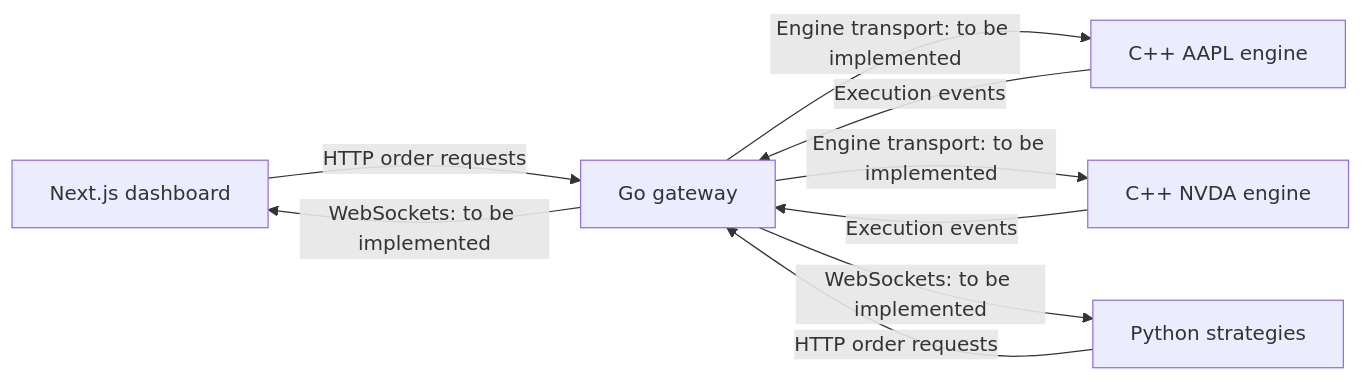
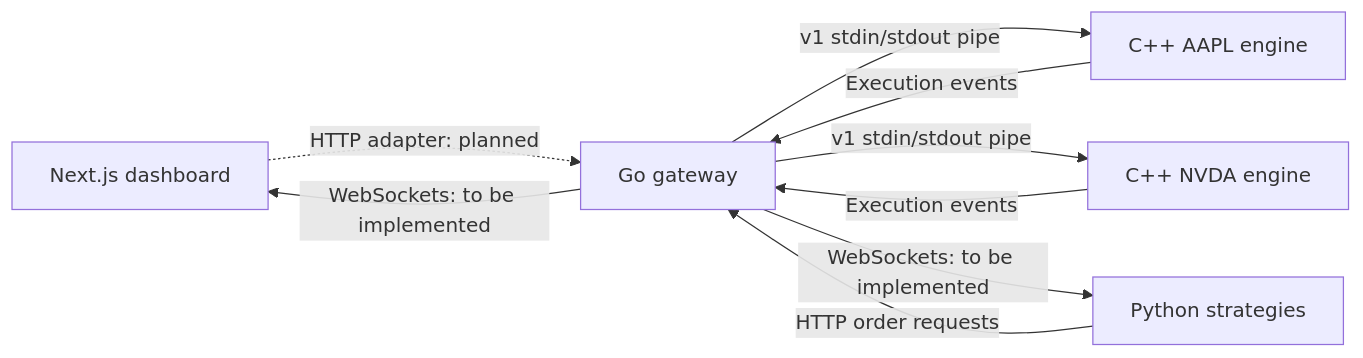
Before and after one commit to MagdiHajjaj/tradelab: the diagram in docs/ARCHITECTURE.md, drawn with Mermaid. The commit also changed other lines of this file and 30 other files, not shown here.

````diff
--- a/docs/ARCHITECTURE.md
+++ b/docs/ARCHITECTURE.md
@@ -9,11 +9,11 @@
 ```mermaid
 flowchart LR
-    W[Next.js dashboard] -->|HTTP order requests| G[Go gateway]
+    W[Next.js dashboard] -.->|HTTP adapter: planned| G[Go gateway]
     P[Python strategies] -->|HTTP order requests| G
-    G -->|Engine transport: to be implemented| A[C++ AAPL engine]
-    G -->|Engine transport: to be implemented| N[C++ NVDA engine]
+    G -->|v1 stdin/stdout pipe| A[C++ AAPL engine]
+    G -->|v1 stdin/stdout pipe| N[C++ NVDA engine]
     A -->|Execution events| G
     N -->|Execution events| G
     G -->|WebSockets: to be implemented| W
     G -->|WebSockets: to be implemented| P
 ```
````
